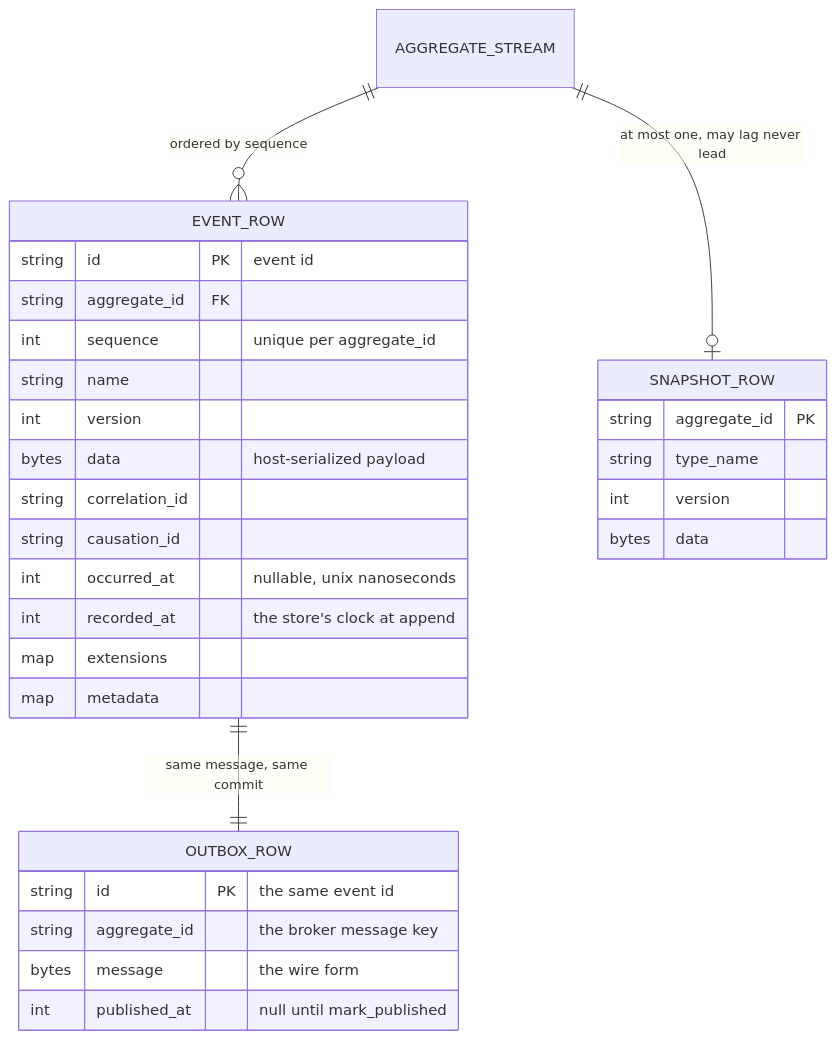
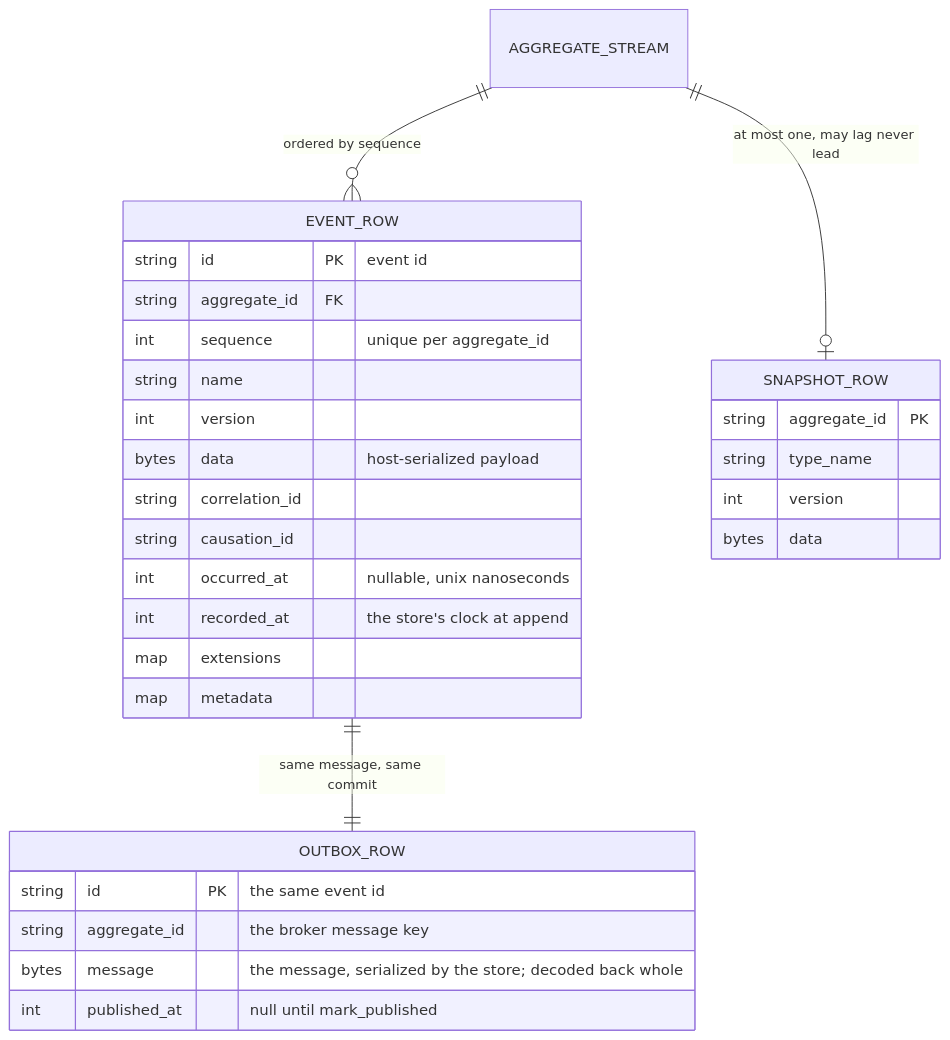
Before and after one commit to haskian/edax: the second of 5 diagrams in docs/sdk/outbox.md, drawn with Mermaid. The commit also changed other lines of this file and 288 other files, not shown here.

````diff
--- a/docs/sdk/outbox.md
+++ b/docs/sdk/outbox.md
@@ -55,33 +57,33 @@
 ```mermaid
 erDiagram
     AGGREGATE_STREAM ||--o{ EVENT_ROW : "ordered by sequence"
     AGGREGATE_STREAM ||--o| SNAPSHOT_ROW : "at most one, may lag never lead"
     EVENT_ROW ||--|| OUTBOX_ROW : "same message, same commit"
 
     EVENT_ROW {
         string id PK "event id"
         string aggregate_id FK
         int sequence "unique per aggregate_id"
         string name
         int version
         bytes data "host-serialized payload"
         string correlation_id
         string causation_id
         int occurred_at "nullable, unix nanoseconds"
         int recorded_at "the store's clock at append"
         map extensions
         map metadata
     }
     OUTBOX_ROW {
         string id PK "the same event id"
         string aggregate_id "the broker message key"
-        bytes message "the wire form"
+        bytes message "the message, serialized by the store; decoded back whole"
         int published_at "null until mark_published"
     }
     SNAPSHOT_ROW {
         string aggregate_id PK
         string type_name
         int version
         bytes data
     }
 ```
````
